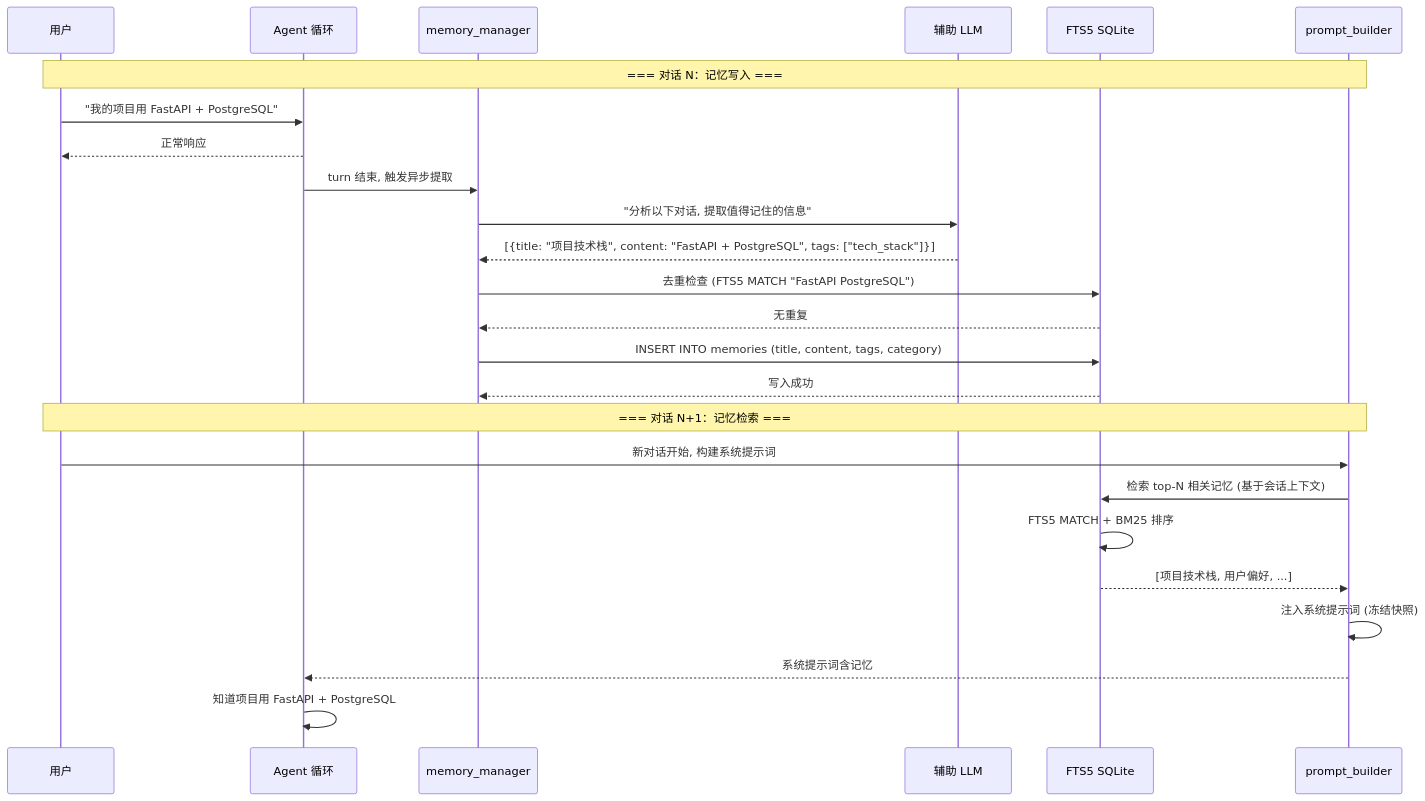
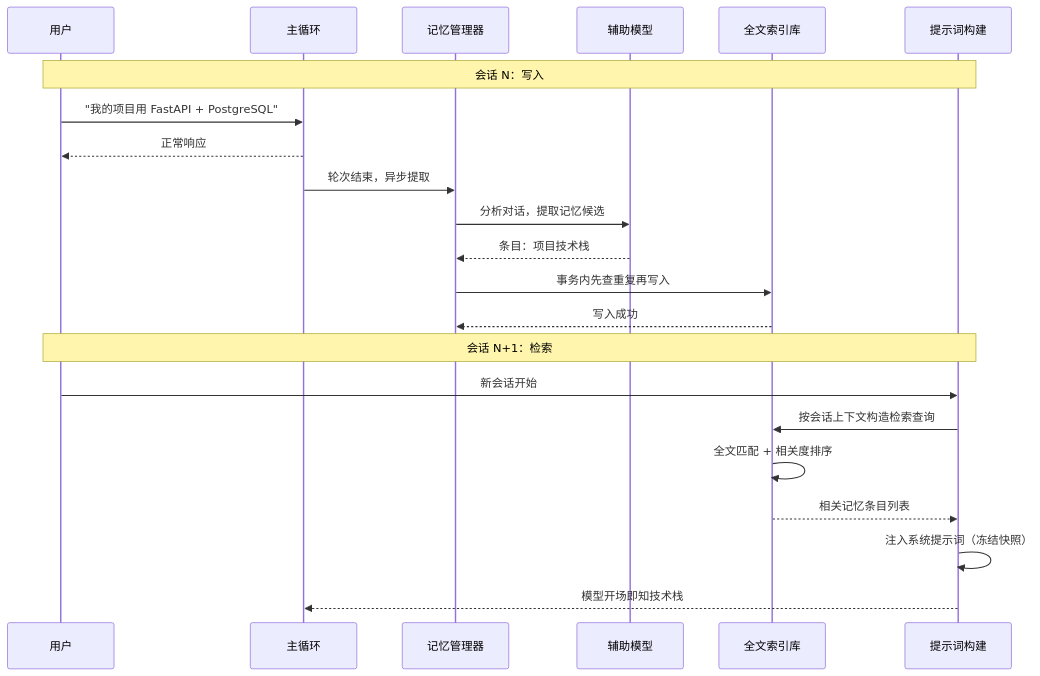
Before and after one commit to MKEy777/agent: the fourth of 4 diagrams in docs/hermes-agent/06-memory.md, drawn with Mermaid. The commit also changed other lines of this file and 114 other files, not shown here.

First line of the commit message:
Add comprehensive documentation for Agent architecture and protocols

````diff
--- a/docs/hermes-agent/06-memory.md
+++ b/docs/hermes-agent/06-memory.md
@@ -98,29 +90,26 @@
 ```mermaid
 sequenceDiagram
     participant U as 用户
-    participant Agent as Agent 循环
-    participant MM as memory_manager
-    participant Aux as 辅助 LLM
-    participant DB as FTS5 SQLite
-    participant PB as prompt_builder
+    participant A as 主循环
+    participant M as 记忆管理器
+    participant X as 辅助模型
+    participant DB as 全文索引库
+    participant P as 提示词构建
 
-    Note over U,PB: === 对话 N：记忆写入 ===
-    U->>Agent: "我的项目用 FastAPI + PostgreSQL"
-    Agent-->>U: 正常响应
-    Agent->>MM: turn 结束, 触发异步提取
-    MM->>Aux: "分析以下对话, 提取值得记住的信息"
-    Aux-->>MM: [{title: "项目技术栈", content: "FastAPI + PostgreSQL", tags: ["tech_stack"]}]
-    MM->>DB: 去重检查 (FTS5 MATCH "FastAPI PostgreSQL")
-    DB-->>MM: 无重复
-    MM->>DB: INSERT INTO memories (title, content, tags, category)
-    DB-->>MM: 写入成功
+    Note over U,P: 会话 N：写入
+    U->>A: "我的项目用 FastAPI + PostgreSQL"
+    A-->>U: 正常响应
+    A->>M: 轮次结束，异步提取
+    M->>X: 分析对话，提取记忆候选
+    X-->>M: 条目：项目技术栈
+    M->>DB: 事务内先查重复再写入
+    DB-->>M: 写入成功
 
-    Note over U,PB: === 对话 N+1：记忆检索 ===
-    U->>PB: 新对话开始, 构建系统提示词
-    PB->>DB: 检索 top-N 相关记忆 (基于会话上下文)
-    DB->>DB: FTS5 MATCH + BM25 排序
-    DB-->>PB: [项目技术栈, 用户偏好, ...]
-    PB->>PB: 注入系统提示词 (冻结快照)
-    PB-->>Agent: 系统提示词含记忆
-    Agent->>Agent: 知道项目用 FastAPI + PostgreSQL
+    Note over U,P: 会话 N+1：检索
+    U->>P: 新会话开始
+    P->>DB: 按会话上下文构造检索查询
+    DB->>DB: 全文匹配 + 相关度排序
+    DB-->>P: 相关记忆条目列表
+    P->>P: 注入系统提示词（冻结快照）
+    P-->>A: 模型开场即知技术栈
 ```
````
